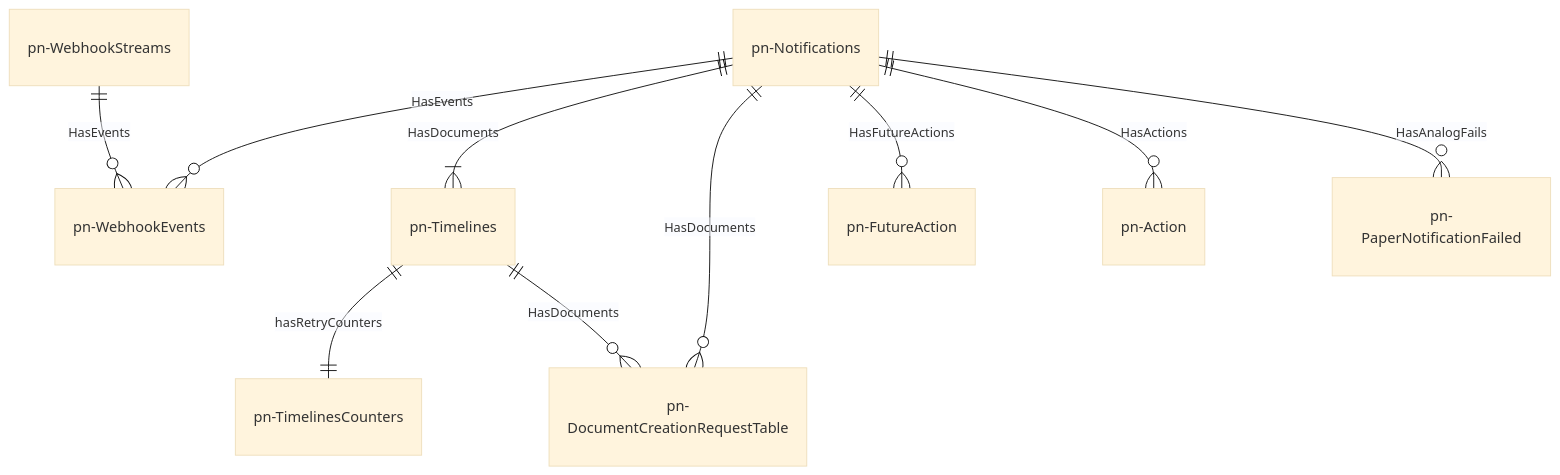
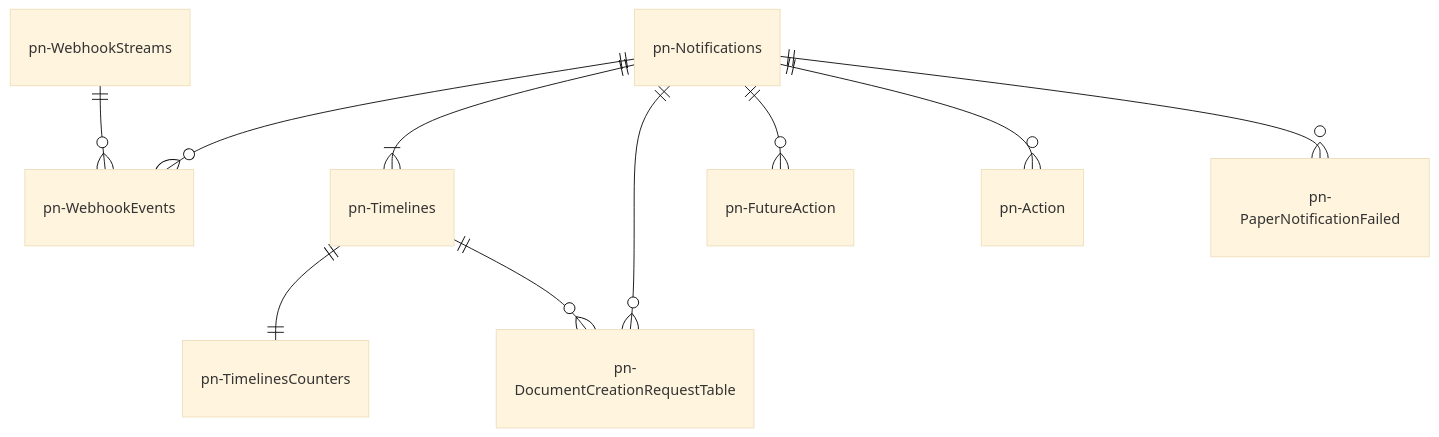
Before and after one commit to pagopa/pn-troubleshooting: the diagram in get_notification_information/pn-delivery-push.md, drawn with Mermaid (base theme).

Commit message:
docs: remove relation labels

````diff
--- a/get_notification_information/pn-delivery-push.md
+++ b/get_notification_information/pn-delivery-push.md
@@ -12,33 +12,33 @@
 ```mermaid
 
 %%{init: {"er": {"layoutDirection": "TB"}}}%%
 erDiagram
     pn-Notifications
     pn-Timelines
     pn-TimelinesCounters
     pn-WebhookEvents
     pn-WebhookStreams
     pn-FutureAction
     pn-Action
     pn-PaperNotificationFailed
     pn-DocumentCreationRequestTable
 
-    pn-Timelines ||--|| pn-TimelinesCounters: hasRetryCounters
+    pn-Timelines ||--|| pn-TimelinesCounters: ""
 
-    pn-Timelines ||--o{ pn-DocumentCreationRequestTable: HasDocuments
+    pn-Timelines ||--o{ pn-DocumentCreationRequestTable: ""
     
-    pn-WebhookStreams ||--o{ pn-WebhookEvents: HasEvents
+    pn-WebhookStreams ||--o{ pn-WebhookEvents: ""
 
-    pn-Notifications ||--o{ pn-WebhookEvents: HasEvents
+    pn-Notifications ||--o{ pn-WebhookEvents: ""
 
-    pn-Notifications ||--|{ pn-Timelines: HasDocuments
+    pn-Notifications ||--|{ pn-Timelines: ""
 
-    pn-Notifications ||--o{ pn-DocumentCreationRequestTable: HasDocuments
+    pn-Notifications ||--o{ pn-DocumentCreationRequestTable: ""
 
-    pn-Notifications ||--o{ pn-FutureAction: HasFutureActions
+    pn-Notifications ||--o{ pn-FutureAction: ""
 
-    pn-Notifications ||--o{ pn-Action: HasActions
+    pn-Notifications ||--o{ pn-Action: ""
 
-    pn-Notifications ||--o{ pn-PaperNotificationFailed: HasAnalogFails
+    pn-Notifications ||--o{ pn-PaperNotificationFailed: ""
 
 ```
````
